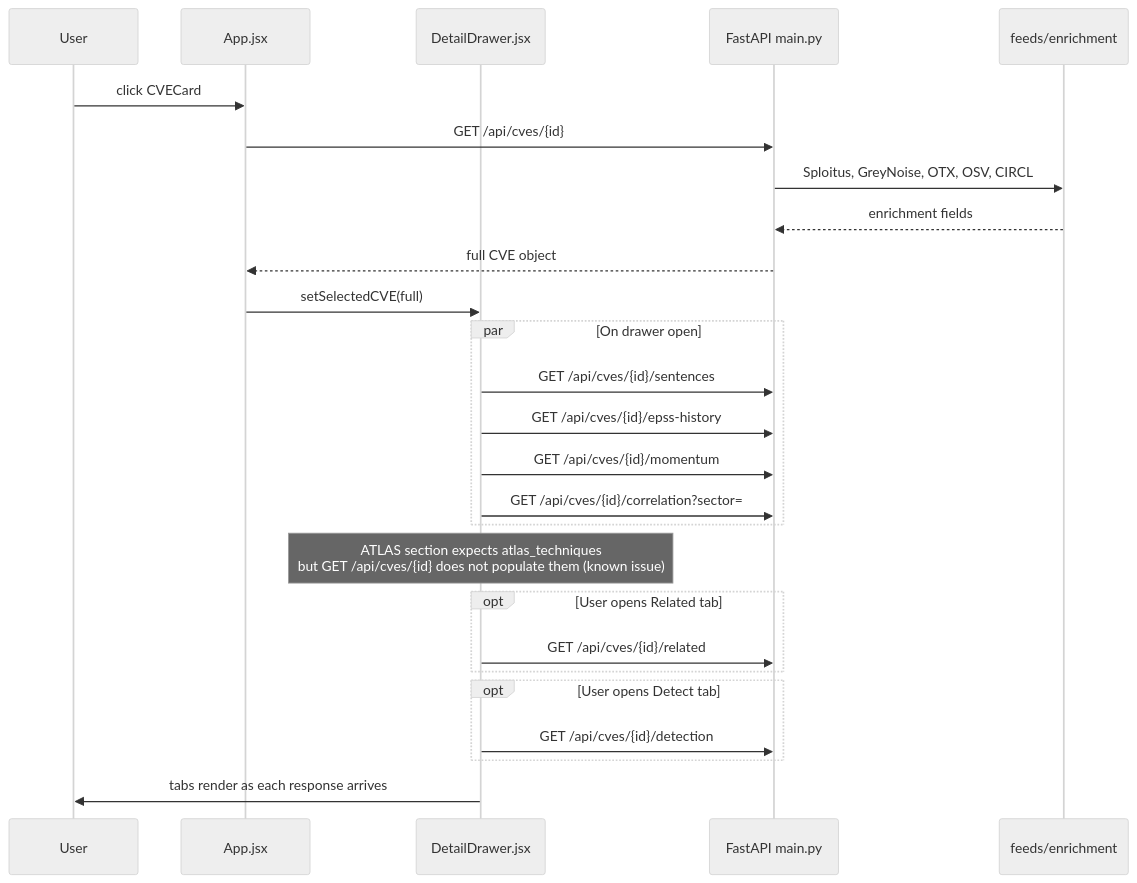
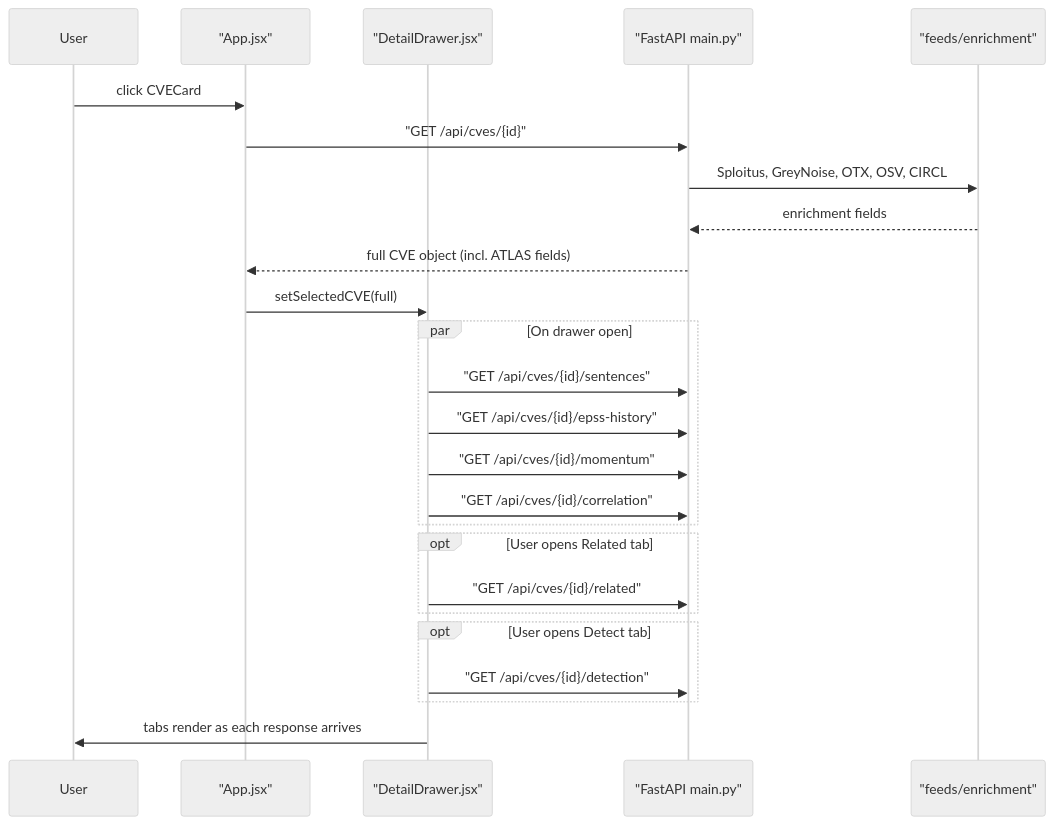
One commit to Soldier0x0/briefr changed the diagram in docs/diagrams/flow_cve_detail.mermaid. Above: the diagram before and after it, drawn with Mermaid (neutral theme). The commit also changed 5 other files, not shown here.

First line of the commit message:
Fix Mermaid diagram syntax for PDF export and refresh SYSTEM_DESIGN.pdf

```diff
--- a/docs/diagrams/flow_cve_detail.mermaid
+++ b/docs/diagrams/flow_cve_detail.mermaid
@@ -1,32 +1,30 @@
 sequenceDiagram
   participant User
-  participant App as App.jsx
-  participant Drawer as DetailDrawer.jsx
-  participant API as FastAPI main.py
-  participant Ext as feeds/enrichment
+  participant App as "App.jsx"
+  participant Drawer as "DetailDrawer.jsx"
+  participant API as "FastAPI main.py"
+  participant Ext as "feeds/enrichment"
 
   User->>App: click CVECard
-  App->>API: GET /api/cves/{id}
+  App->>API: "GET /api/cves/{id}"
   API->>Ext: Sploitus, GreyNoise, OTX, OSV, CIRCL
   Ext-->>API: enrichment fields
-  API-->>App: full CVE object
+  API-->>App: full CVE object (incl. ATLAS fields)
   App->>Drawer: setSelectedCVE(full)
 
   par On drawer open
-    Drawer->>API: GET /api/cves/{id}/sentences
-    Drawer->>API: GET /api/cves/{id}/epss-history
-    Drawer->>API: GET /api/cves/{id}/momentum
-    Drawer->>API: GET /api/cves/{id}/correlation?sector=
+    Drawer->>API: "GET /api/cves/{id}/sentences"
+    Drawer->>API: "GET /api/cves/{id}/epss-history"
+    Drawer->>API: "GET /api/cves/{id}/momentum"
+    Drawer->>API: "GET /api/cves/{id}/correlation"
   end
 
-  Note over Drawer: ATLAS section expects atlas_techniques<br/>but GET /api/cves/{id} does not populate them (known issue)
-
   opt User opens Related tab
-    Drawer->>API: GET /api/cves/{id}/related
+    Drawer->>API: "GET /api/cves/{id}/related"
   end
 
   opt User opens Detect tab
-    Drawer->>API: GET /api/cves/{id}/detection
+    Drawer->>API: "GET /api/cves/{id}/detection"
   end
 
   Drawer->>User: tabs render as each response arrives
```
